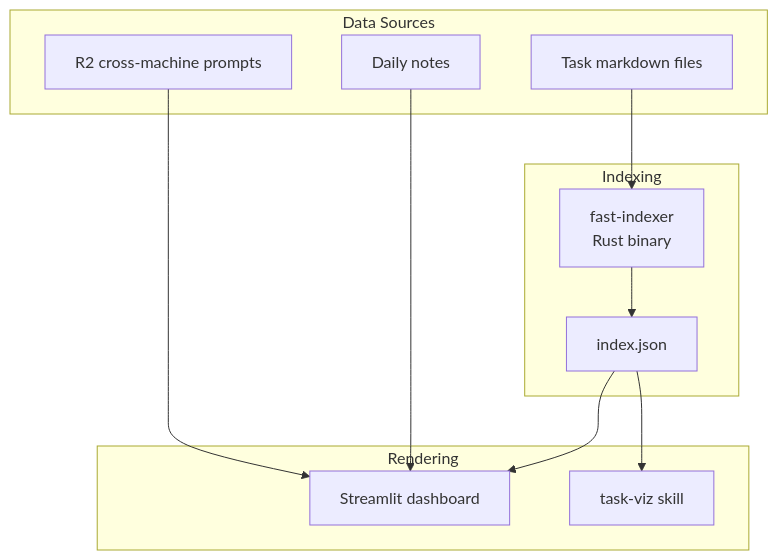
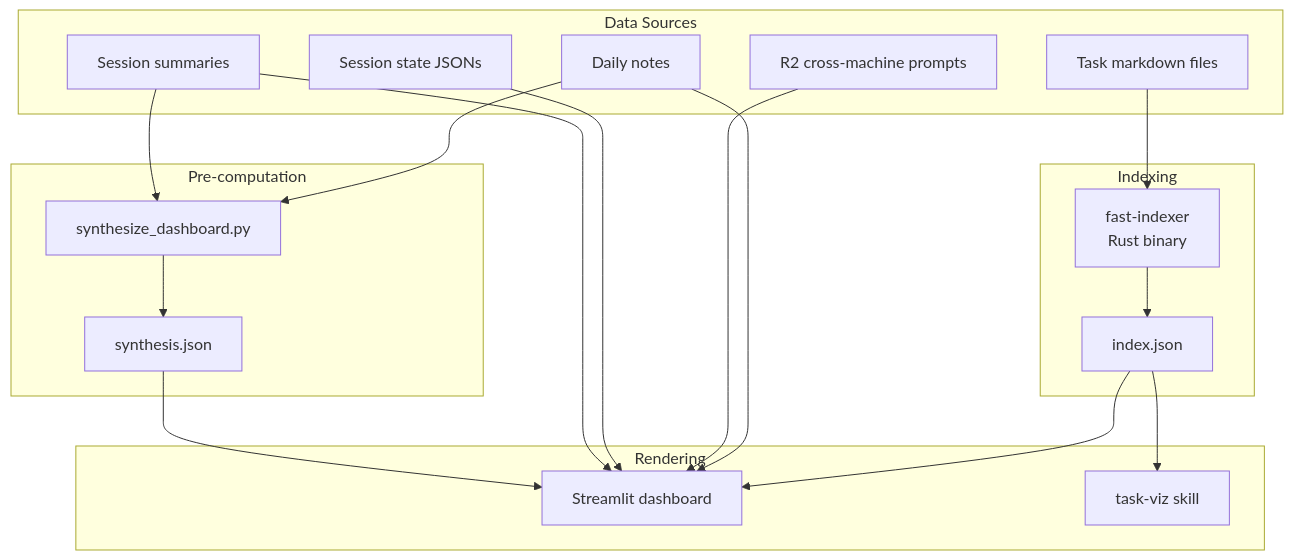
Before and after one commit to nicsuzor/academicOps: the diagram in specs/overwhelm-dashboard.md, drawn with Mermaid. The commit also changed other lines of this file and 3 other files, not shown here.

````diff
--- a/specs/overwhelm-dashboard.md
+++ b/specs/overwhelm-dashboard.md
@@ -23,25 +33,38 @@
 ```mermaid
 graph TD
     subgraph "Indexing"
         A[fast-indexer<br>Rust binary]
         B[index.json]
     end
 
     subgraph "Data Sources"
         C[Task markdown files]
         D[Daily notes]
         E[R2 cross-machine prompts]
+        F2[Session state JSONs]
+        G2[Session summaries]
+    end
+
+    subgraph "Pre-computation"
+        H[synthesize_dashboard.py]
+        I[synthesis.json]
     end
 
     subgraph "Rendering"
         F[Streamlit dashboard]
         G[task-viz skill]
     end
 
     C --> A
     A --> B
     B --> F
     B --> G
     D --> F
+    D --> H
     E --> F
+    F2 --> F
+    G2 --> F
+    G2 --> H
+    H --> I
+    I --> F
 ```
````
